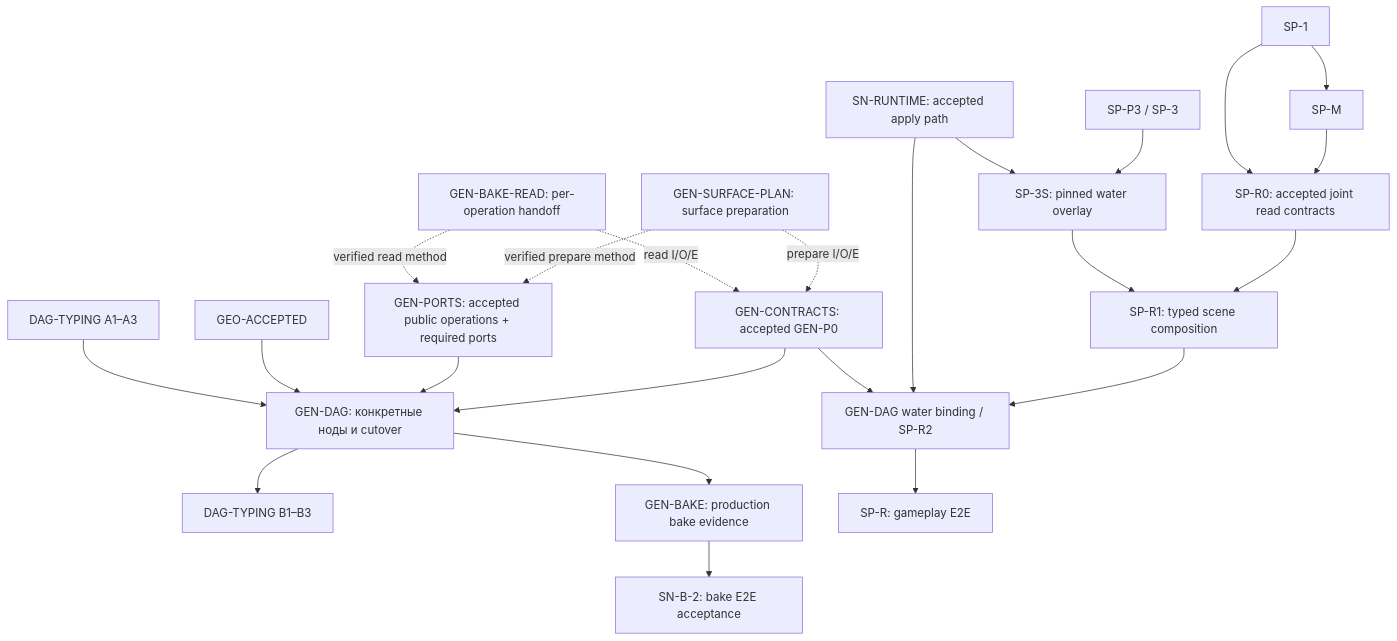
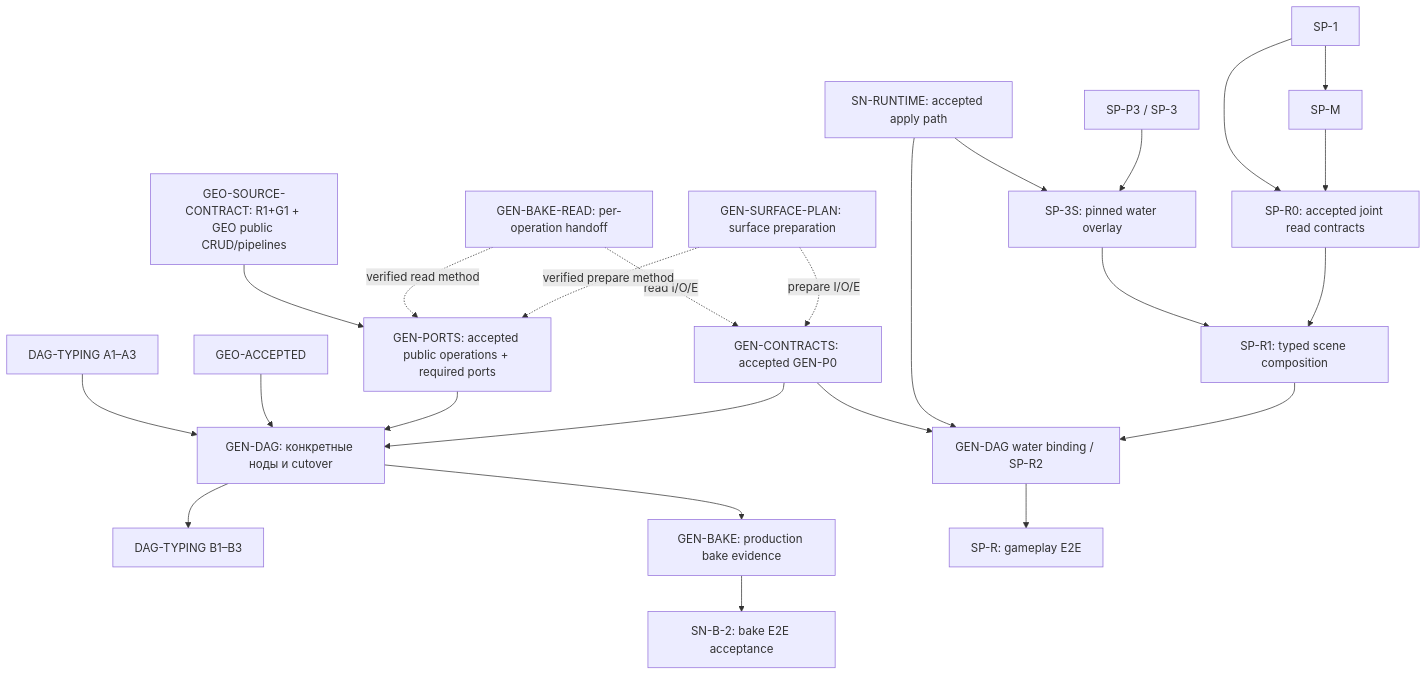
Before and after one commit to AndrewBondaren/AI-Project: the second of 6 diagrams in .cursor/plans/world-generation-plan-dependency-graph.md, drawn with Mermaid. The commit also changed other lines of this file and 2 other files, not shown here.

Commit message:
docs(geo-1,gen-dag-1): DAG-first revision — R1+G1 decision, G10/G10-A cutover to GEN-DAG, GEO-SOURCE-CONTRACT gate

````diff
--- a/.cursor/plans/world-generation-plan-dependency-graph.md
+++ b/.cursor/plans/world-generation-plan-dependency-graph.md
@@ -112,25 +112,26 @@
 ```mermaid
 flowchart TD
     A["DAG-TYPING A1–A3"] --> GEN["GEN-DAG: конкретные ноды и cutover"]
     G["GEO-ACCEPTED"] --> GEN
+    GSC["GEO-SOURCE-CONTRACT: R1+G1 + GEO public CRUD/pipelines"] --> GP
     GP["GEN-PORTS: accepted public operations + required ports"] --> GEN
     SN["SN-RUNTIME: accepted apply path"] --> S["SP-3S: pinned water overlay"]
     BASE["SP-P3 / SP-3"] --> S
     S --> R1["SP-R1: typed scene composition"]
     R0["SP-R0: accepted joint read contracts"] --> R1
     GEN --> B["DAG-TYPING B1–B3"]
     GEN --> GB["GEN-BAKE: production bake evidence"]
     GB --> SB["SN-B-2: bake E2E acceptance"]
     GC["GEN-CONTRACTS: accepted GEN-P0"] --> R2["GEN-DAG water binding / SP-R2"]
     GC --> GEN
     GBR["GEN-BAKE-READ: per-operation handoff"] -. "read I/O/E" .-> GC
     GBR -. "verified read method" .-> GP
     GSP["GEN-SURFACE-PLAN: surface preparation"] -. "prepare I/O/E" .-> GC
     GSP -. "verified prepare method" .-> GP
     SN --> R2
     S1["SP-1"] --> M["SP-M"]
     S1 --> R0
     M --> R0
     R1 --> R2
     R2 --> E["SP-R: gameplay E2E"]
 ```
````
